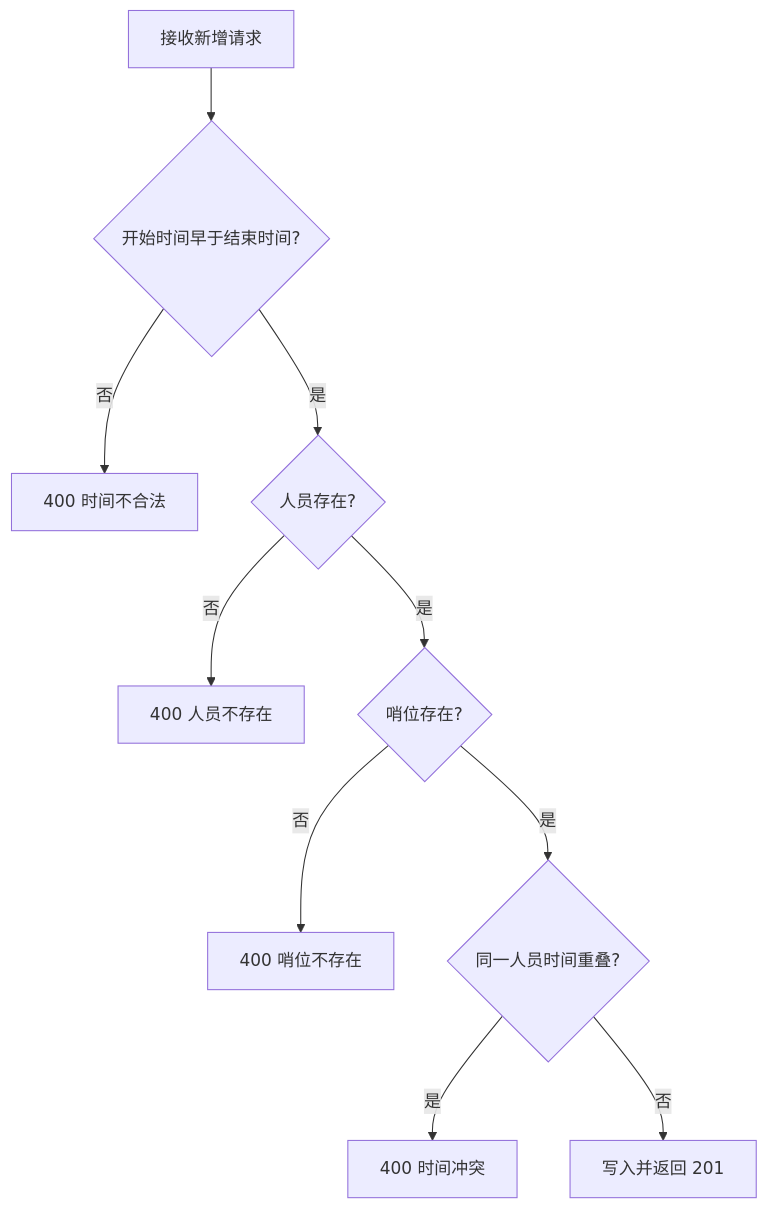
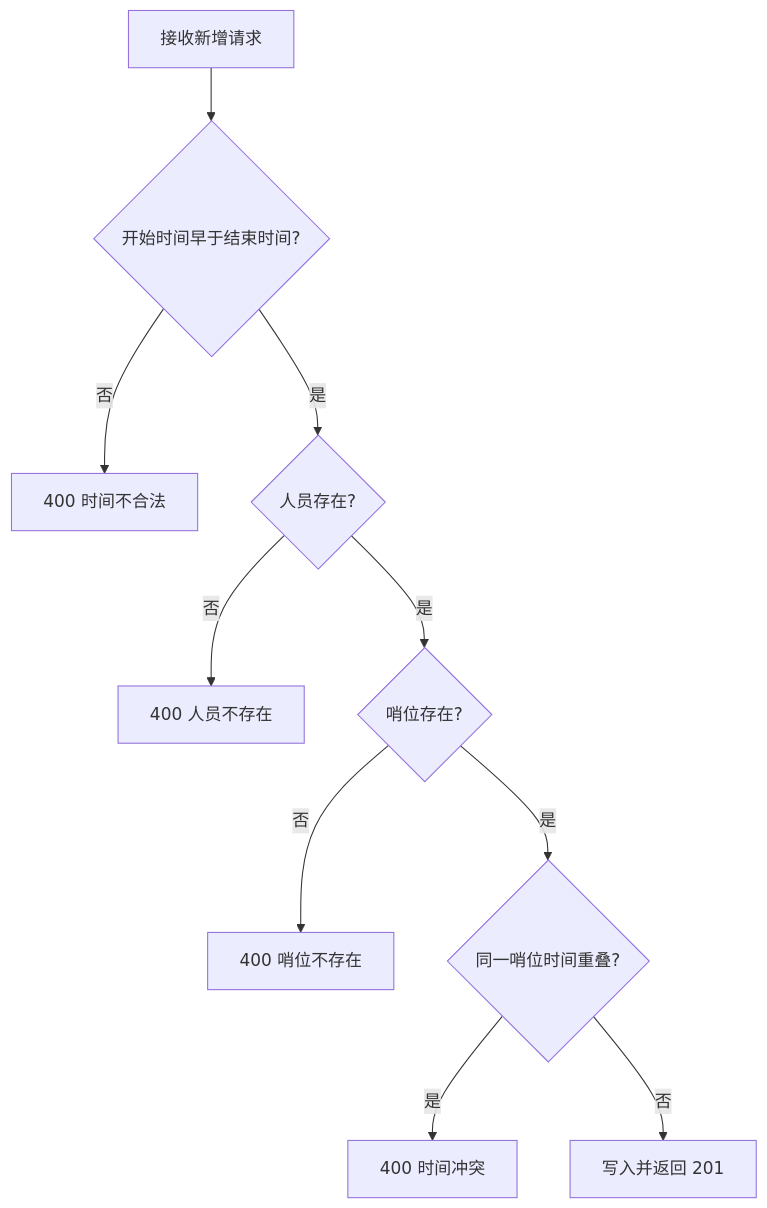
The diagram in 软件工程实践-2.0/10-业务模块-规则描述.md (PrinZzzzjn/software-engineering-textbook), drawn with Mermaid before and after one commit. The commit also changed other lines of this file and 372 other files, not shown here.

````diff
--- a/软件工程实践-2.0/10-业务模块-规则描述.md
+++ b/软件工程实践-2.0/10-业务模块-规则描述.md
@@ -161,12 +159,12 @@
 ```mermaid
 flowchart TD
     A[接收新增请求] --> B{开始时间早于结束时间?}
     B -- 否 --> E1[400 时间不合法]
     B -- 是 --> C{人员存在?}
     C -- 否 --> E2[400 人员不存在]
     C -- 是 --> D{哨位存在?}
     D -- 否 --> E3[400 哨位不存在]
-    D -- 是 --> F{同一人员时间重叠?}
+    D -- 是 --> F{同一哨位时间重叠?}
     F -- 是 --> E4[400 时间冲突]
     F -- 否 --> G[写入并返回 201]
 ```
````
